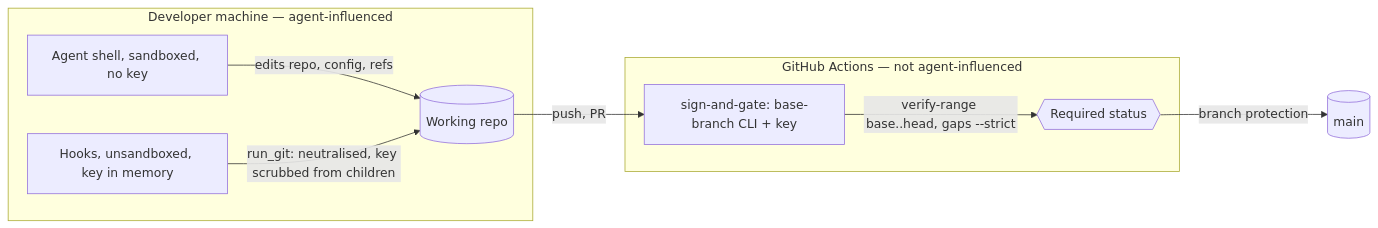
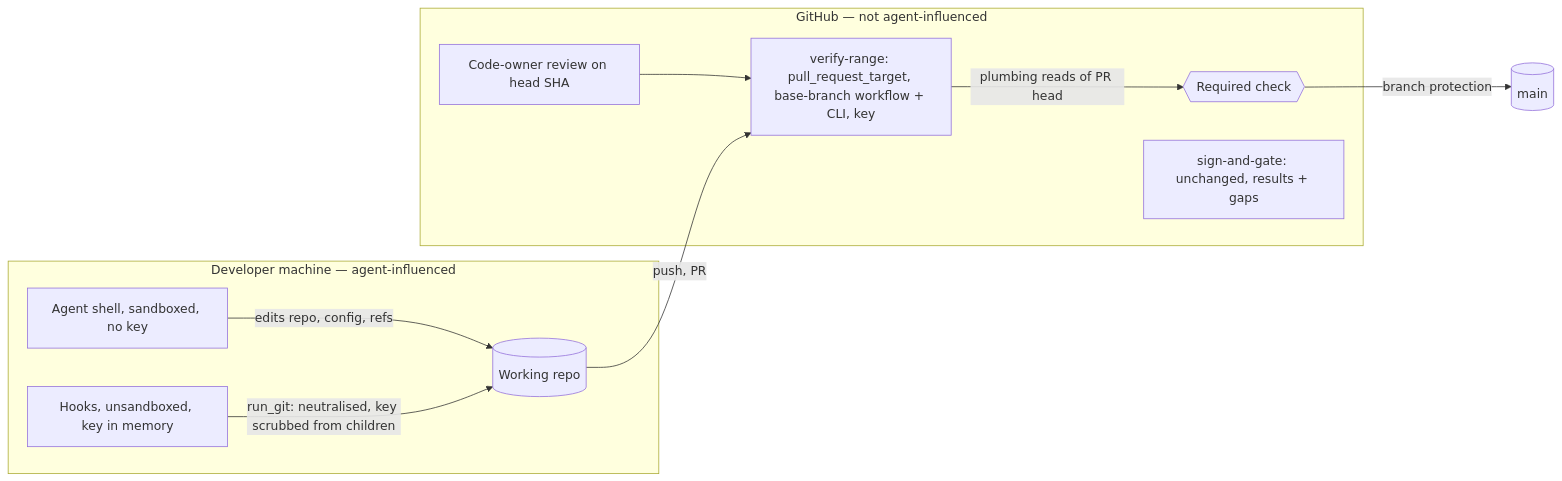
The diagram in intent/2026-09-24-integrity-monitor-hardening/spec.md (harshil-1411/ai-sdlc), drawn with Mermaid before and after one commit. The commit also changed other lines of this file and 4 other files, not shown here.

First line of the commit message:
PILOT-58: Revision 3.2 - code-review consistency and feasibility fixes

````diff
--- a/intent/2026-09-24-integrity-monitor-hardening/spec.md
+++ b/intent/2026-09-24-integrity-monitor-hardening/spec.md
@@ -97,12 +104,14 @@
 ```mermaid
 flowchart LR
   subgraph Local["Developer machine — agent-influenced"]
     A[Agent shell, sandboxed, no key] -->|edits repo, config, refs| R[(Working repo)]
     H[Hooks, unsandboxed, key in memory] -->|run_git: neutralised, key scrubbed from children| R
   end
-  subgraph CI["GitHub Actions — not agent-influenced"]
-    T[sign-and-gate: base-branch CLI + key] -->|verify-range base..head, gaps --strict| G{{Required status}}
+  subgraph GH["GitHub — not agent-influenced"]
+    V[verify-range: pull_request_target, base-branch workflow + CLI, key] -->|plumbing reads of PR head| S{{Required check}}
+    C[Code-owner review on head SHA] --> V
+    SG[sign-and-gate: unchanged, results + gaps]
   end
-  R -->|push, PR| T
-  G -->|branch protection| M[(main)]
+  R -->|push, PR| V
+  S -->|branch protection| M[(main)]
 ```
````
